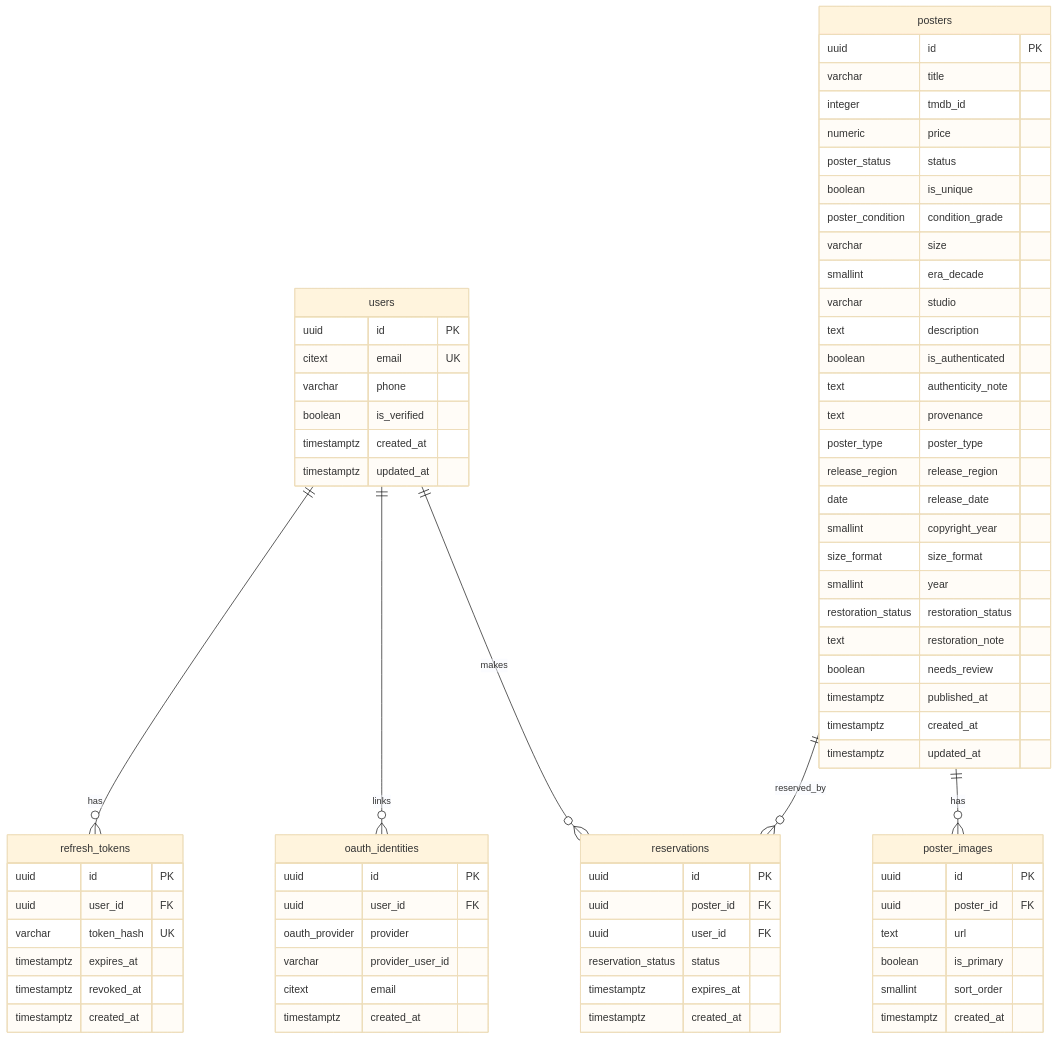
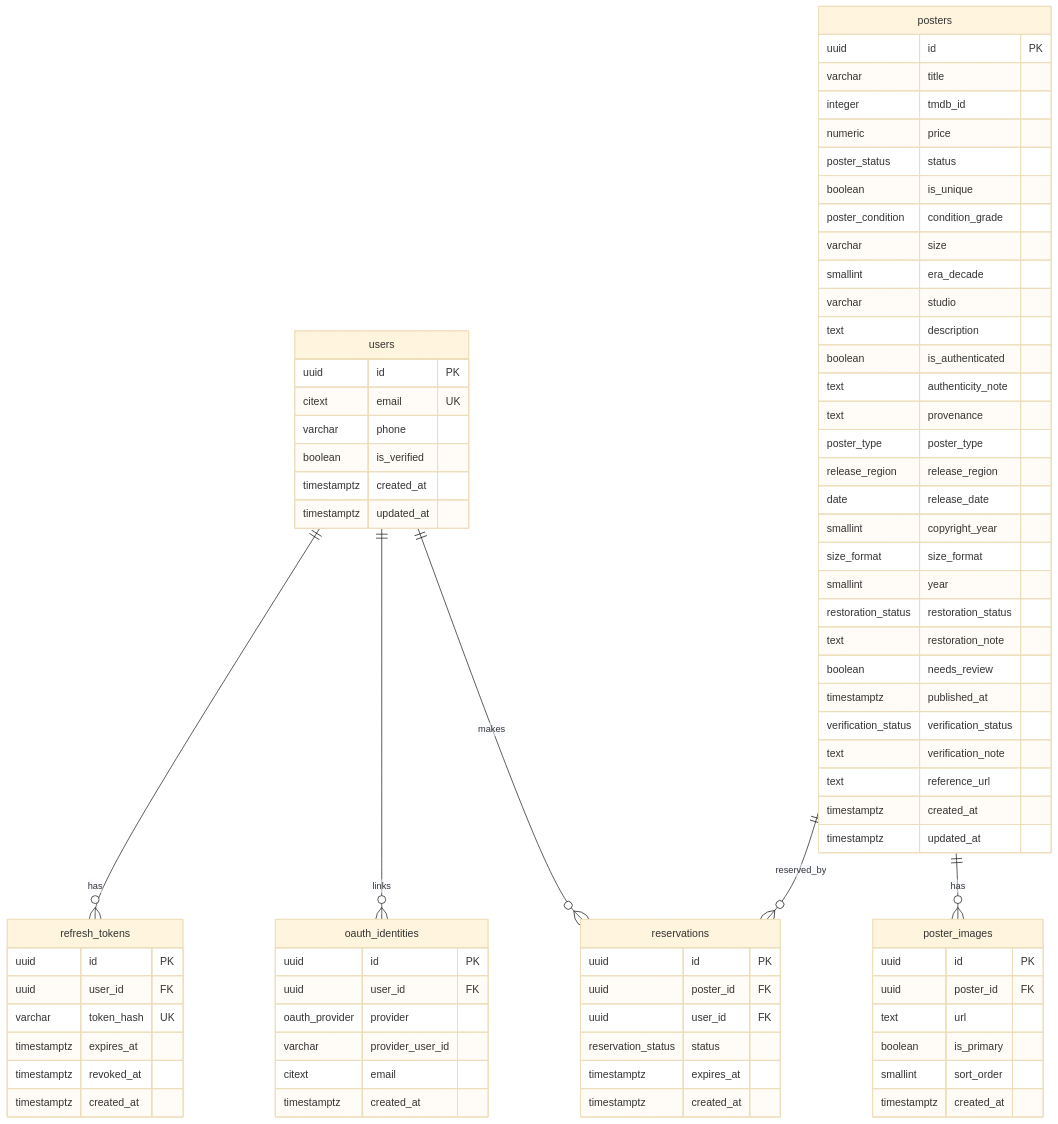
Before and after one commit to Chanothai/posternung-backend: the diagram in docs/database-design.md, drawn with Mermaid (base theme). The commit also changed other lines of this file and 2 other files, not shown here.

First line of the commit message:
fix(docs): บันทึก verification model ในเอกสารที่จะกลายเป็นคำโกหกหลัง ADR-0014

````diff
--- a/docs/database-design.md
+++ b/docs/database-design.md
@@ -225,77 +234,80 @@
 ```mermaid
 erDiagram
     users ||--o{ refresh_tokens : has
     users ||--o{ oauth_identities : links
     users ||--o{ reservations : makes
     posters ||--o{ poster_images : has
     posters ||--o{ reservations : reserved_by
 
     users {
         uuid id PK
         citext email UK
         varchar phone
         boolean is_verified
         timestamptz created_at
         timestamptz updated_at
     }
     oauth_identities {
         uuid id PK
         uuid user_id FK
         oauth_provider provider
         varchar provider_user_id
         citext email
         timestamptz created_at
     }
     refresh_tokens {
         uuid id PK
         uuid user_id FK
         varchar token_hash UK
         timestamptz expires_at
         timestamptz revoked_at
         timestamptz created_at
     }
     posters {
         uuid id PK
         varchar title
         integer tmdb_id
         numeric price
         poster_status status
         boolean is_unique
         poster_condition condition_grade
         varchar size
         smallint era_decade
         varchar studio
         text description
         boolean is_authenticated
         text authenticity_note
         text provenance
         poster_type poster_type
         release_region release_region
         date release_date
         smallint copyright_year
         size_format size_format
         smallint year
         restoration_status restoration_status
         text restoration_note
         boolean needs_review
         timestamptz published_at
+        verification_status verification_status
+        text verification_note
+        text reference_url
         timestamptz created_at
         timestamptz updated_at
     }
     poster_images {
         uuid id PK
         uuid poster_id FK
         text url
         boolean is_primary
         smallint sort_order
         timestamptz created_at
     }
     reservations {
         uuid id PK
         uuid poster_id FK
         uuid user_id FK
         reservation_status status
         timestamptz expires_at
         timestamptz created_at
     }
 ```
````
